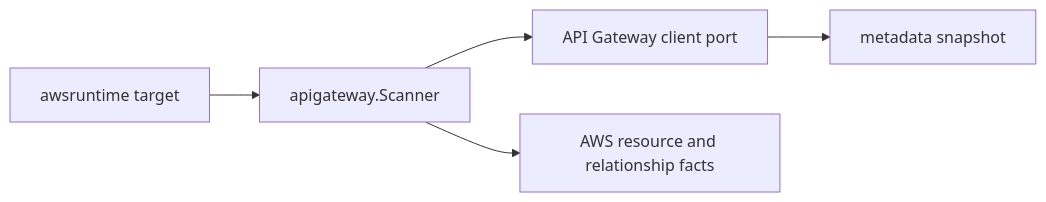
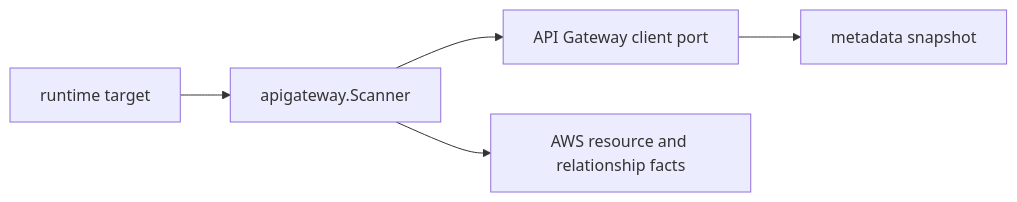
Before and after one commit to eshu-hq/eshu: the diagram in go/internal/collector/cloud/aws/service/apigateway/README.md, drawn with Mermaid. The commit also changed other lines of this file and 2862 other files, not shown here.

````diff
--- a/go/internal/collector/cloud/aws/service/apigateway/README.md
+++ b/go/internal/collector/cloud/aws/service/apigateway/README.md
@@ -19,7 +19,7 @@
 ```mermaid
 flowchart LR
-    Runtime[awsruntime target] --> Scanner[apigateway.Scanner]
+    Runtime[runtime target] --> Scanner[apigateway.Scanner]
     Scanner --> Client[API Gateway client port]
     Client --> Snapshot[metadata snapshot]
     Scanner --> Facts[AWS resource and relationship facts]
 ```
````
